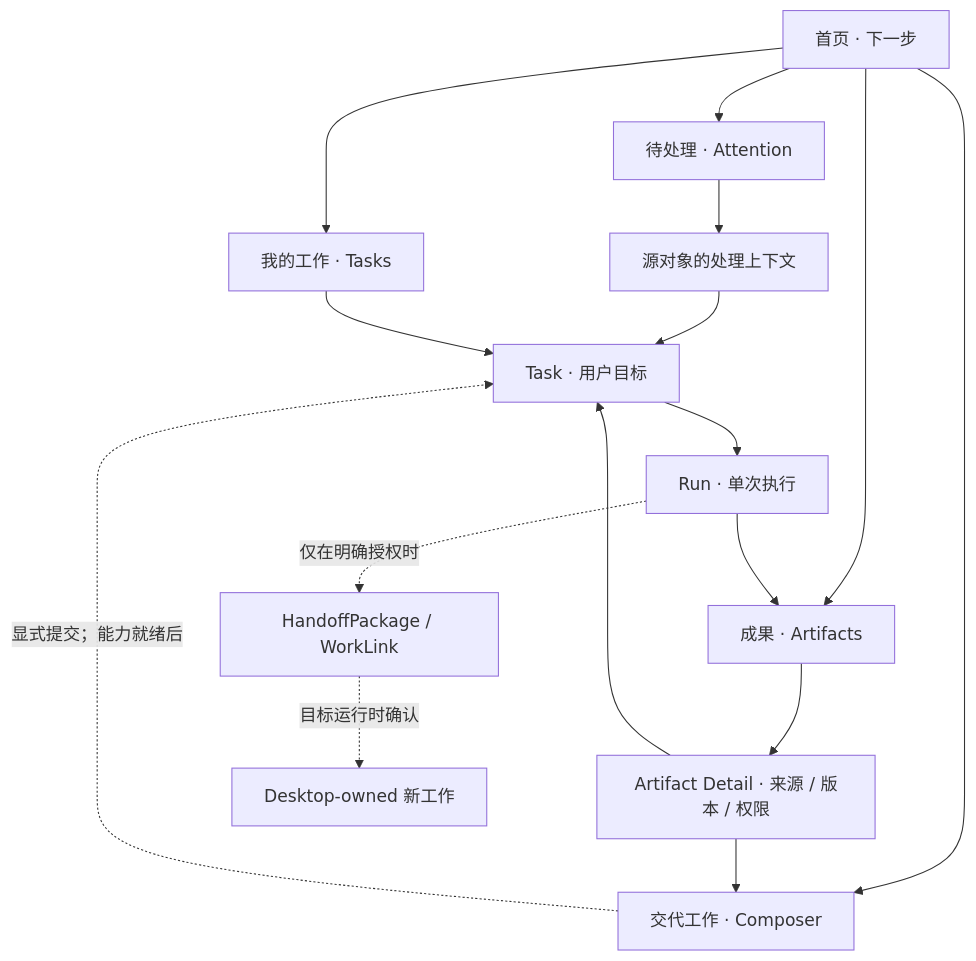
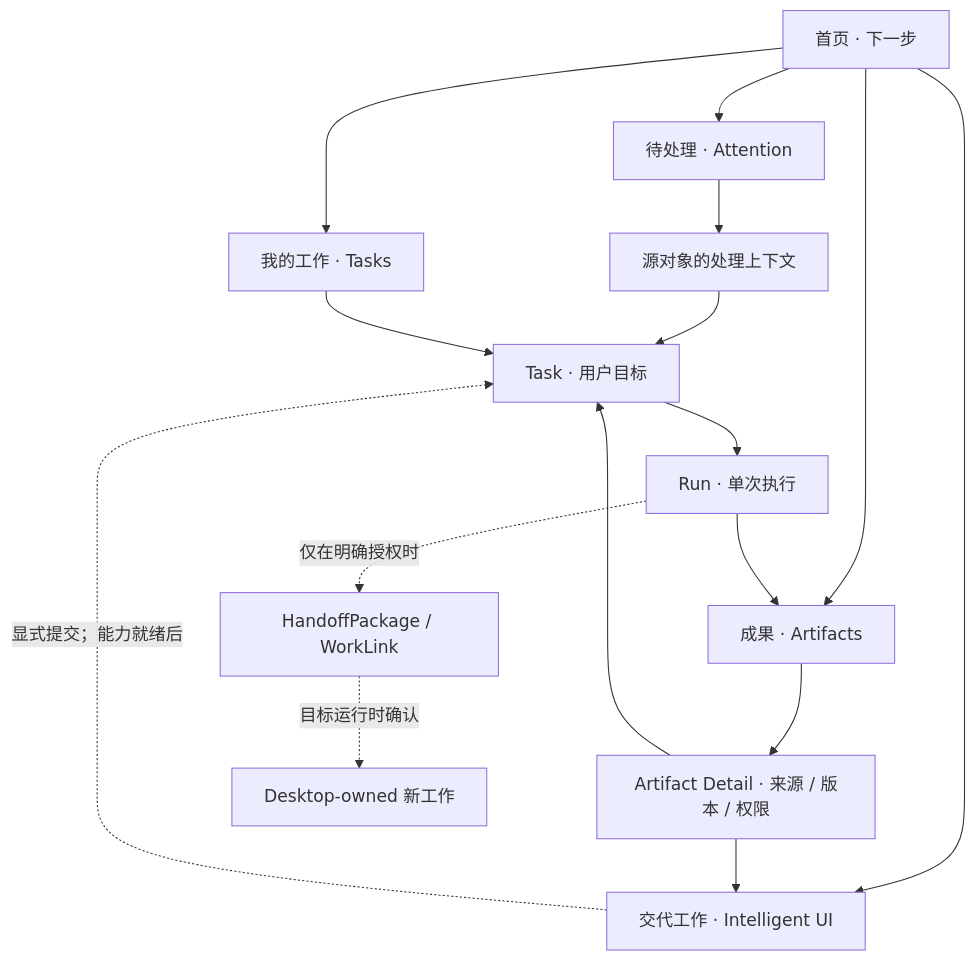
The diagram in docs/product/workbench.md (uichat-mira/mira-cloud), drawn with Mermaid before and after one commit. The commit also changed other lines of this file and 3 other files, not shown here.

````diff
--- a/docs/product/workbench.md
+++ b/docs/product/workbench.md
@@ -60,18 +66,18 @@
 ```mermaid
 flowchart TB
     HOME["首页 · 下一步"] --> ATT["待处理 · Attention"]
     HOME --> TASKS["我的工作 · Tasks"]
     HOME --> ART["成果 · Artifacts"]
-    HOME --> NEW["交代工作 · Composer"]
+    HOME --> NEW["交代工作 · Intelligent UI"]
     ATT --> SRC["源对象的处理上下文"]
     SRC --> TASK["Task · 用户目标"]
     TASKS --> TASK
     NEW -. "显式提交；能力就绪后" .-> TASK
     TASK --> RUN["Run · 单次执行"]
     RUN --> ART
     ART --> ARTD["Artifact Detail · 来源 / 版本 / 权限"]
     ARTD --> TASK
     ARTD --> NEW
     RUN -. "仅在明确授权时" .-> HANDOFF["HandoffPackage / WorkLink"]
     HANDOFF -. "目标运行时确认" .-> DEST["Desktop-owned 新工作"]
 ```
````
